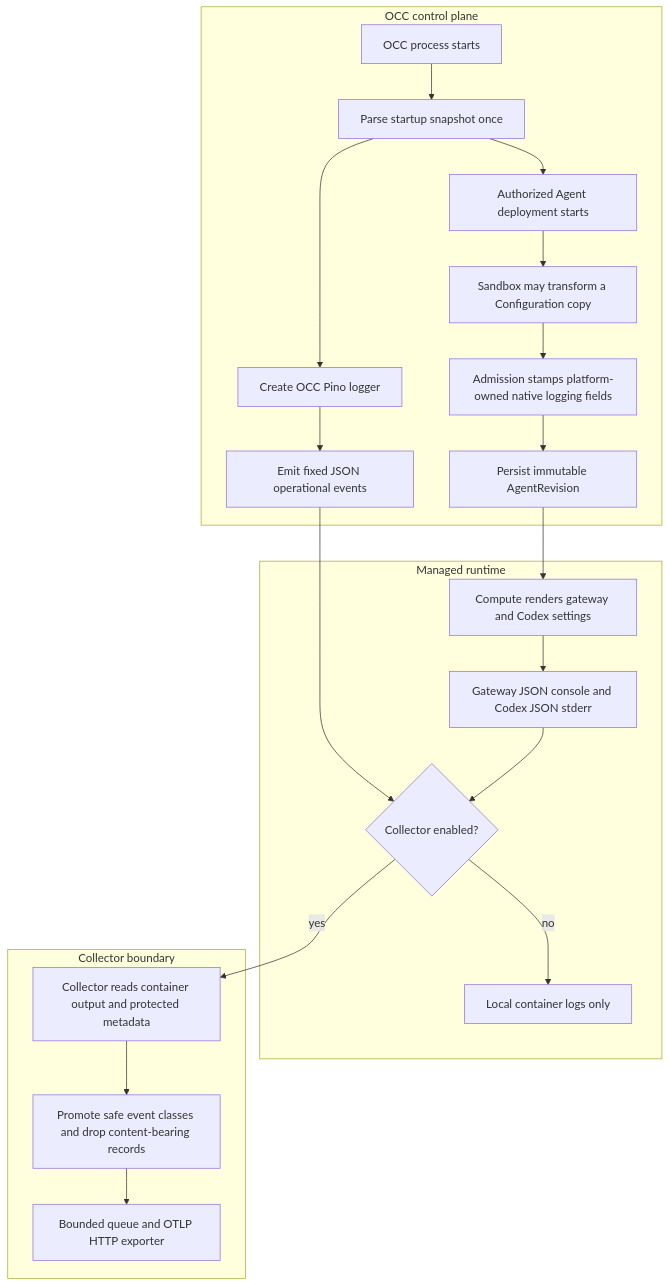
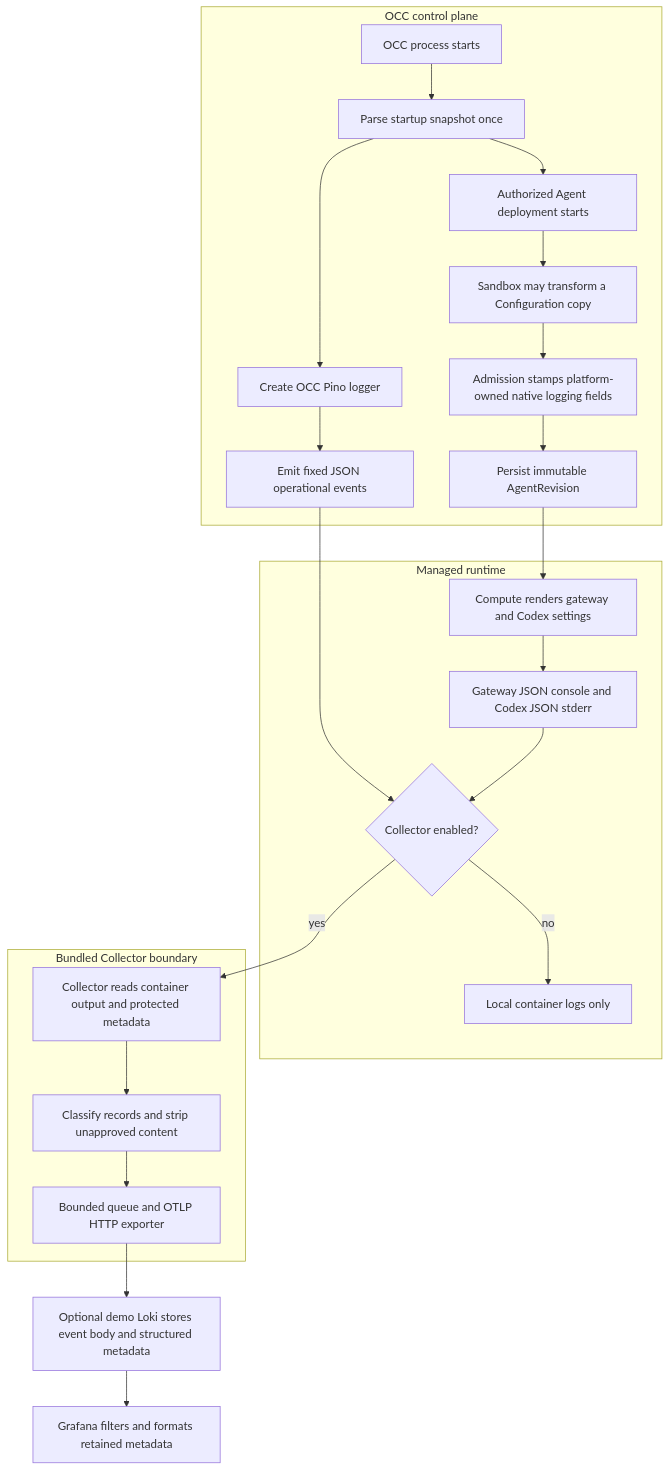
The diagram in docs/flows/common-logging.md (IsaiahStapleton/openclaw-enterprise), drawn with Mermaid before and after one commit. The commit also changed other lines of this file and 9 other files, not shown here.

````diff
--- a/docs/flows/common-logging.md
+++ b/docs/flows/common-logging.md
@@ -34,26 +29,28 @@
 ```mermaid
 graph TD
   subgraph OCC["OCC control plane"]
     A["OCC process starts"] --> B["Parse startup snapshot once"]
     B --> C["Create OCC Pino logger"]
     C --> D["Emit fixed JSON operational events"]
     B --> E["Authorized Agent deployment starts"]
     E --> F["Sandbox may transform a Configuration copy"]
     F --> G["Admission stamps platform-owned native logging fields"]
     G --> H["Persist immutable AgentRevision"]
   end
 
   subgraph Runtime["Managed runtime"]
     H --> I["Compute renders gateway and Codex settings"]
     I --> J["Gateway JSON console and Codex JSON stderr"]
     K -->|"no"| L["Local container logs only"]
   end
 
-  subgraph Collector["Collector boundary"]
+  subgraph Collector["Bundled Collector boundary"]
     D --> K{"Collector enabled?"}
     J --> K
     K -->|"yes"| M["Collector reads container output and protected metadata"]
-    M --> N["Promote safe event classes and drop content-bearing records"]
+    M --> N["Classify records and strip unapproved content"]
     N --> O["Bounded queue and OTLP HTTP exporter"]
   end
+  O --> P["Optional demo Loki stores event body and structured metadata"]
+  P --> Q["Grafana filters and formats retained metadata"]
 ```
````
